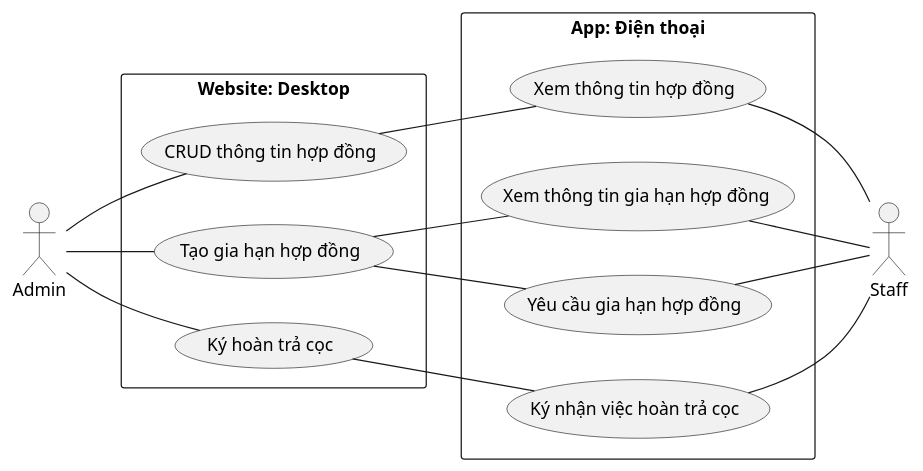
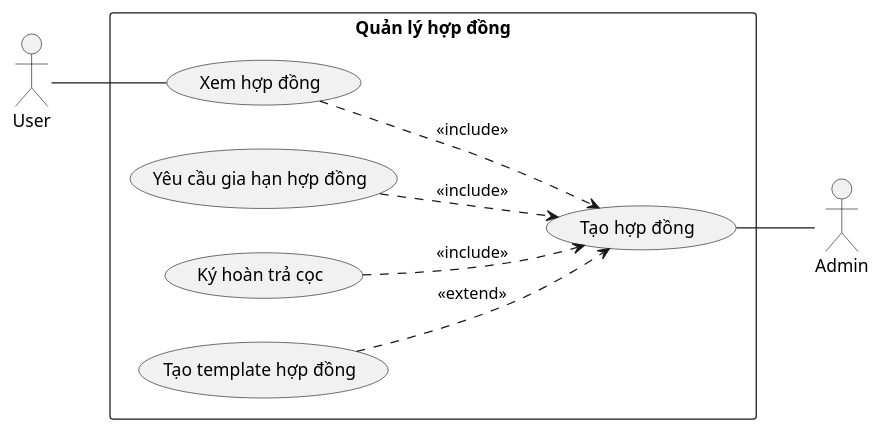
The diagram in Lab1/Lab1.2/Usecase/Quản lý hợp đồng.plantuml (QuickyBooster/SE357-Pratice-class), drawn with PlantUML before and after one commit. The commit also changed 2 other files, not shown here.

Commit message:
huu modify use case diagram

```diff
--- a/Lab1/Lab1.2/Usecase/Quản lý hợp đồng.plantuml
+++ b/Lab1/Lab1.2/Usecase/Quản lý hợp đồng.plantuml
@@ -1,32 +1,21 @@
 @startuml
 left to right direction
 
 actor Admin as C
-actor Staff as S
-rectangle "Website: Desktop" {
-  usecase (CRUD thông tin hợp đồng) as UC1
-  usecase (Tạo gia hạn hợp đồng) as UC2
+actor User as U
+rectangle "Quản lý hợp đồng" {
+  usecase (Tạo hợp đồng) as UC2
+  usecase (Xem hợp đồng) as UC1
+  usecase (Yêu cầu gia hạn hợp đồng) as UC8
   usecase (Ký hoàn trả cọc) as UC3
+  usecase (Tạo template hợp đồng) as UC4
 }
 
-rectangle "App: Điện thoại" {
-  usecase "Xem thông tin hợp đồng" as UC4
-  usecase "Xem thông tin gia hạn hợp đồng" as UC5
-  usecase "Yêu cầu gia hạn hợp đồng" as UC6
-  usecase "Ký nhận việc hoàn trả cọc" as UC7
-  
-}
-
-C -- UC1
-C -- UC2
-C -- UC3
-UC4 -- S
-UC5 -- S
-UC6 -- S
-UC7 -- S
-UC1 -- UC4
-UC2 -- UC5
-UC2 -- UC6
-UC3 -- UC7
+U--UC1
+UC2 -- C
+UC4 ..>UC2:<<extend>>
+UC1 ..>UC2:<<include>>
+UC8 ..>UC2:<<include>>
+UC3 ..>UC2:<<include>>
 
 @enduml
```
